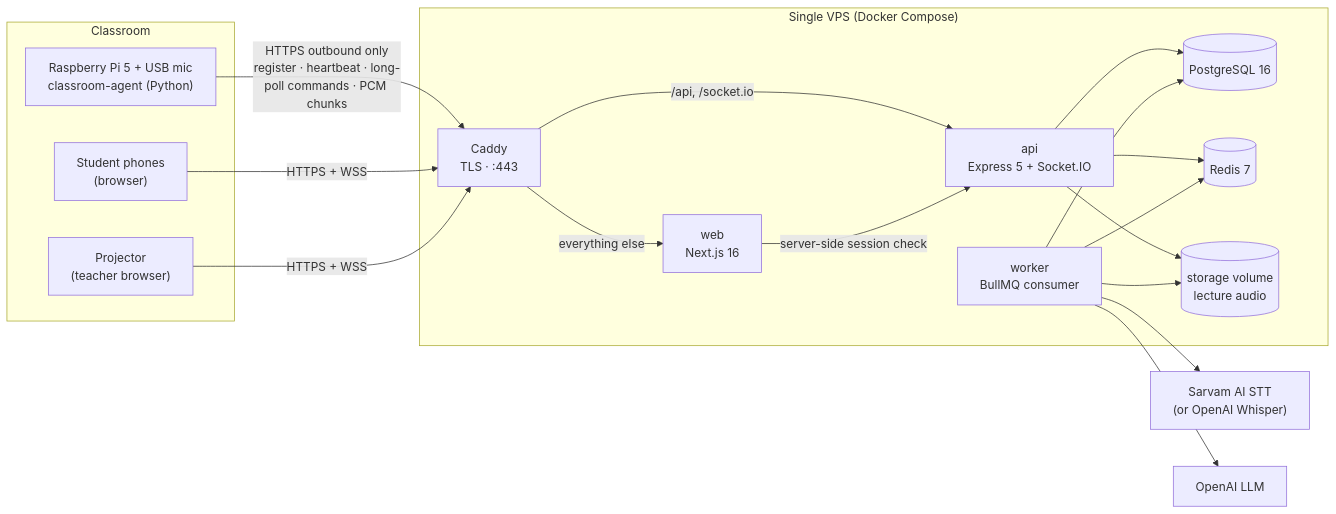
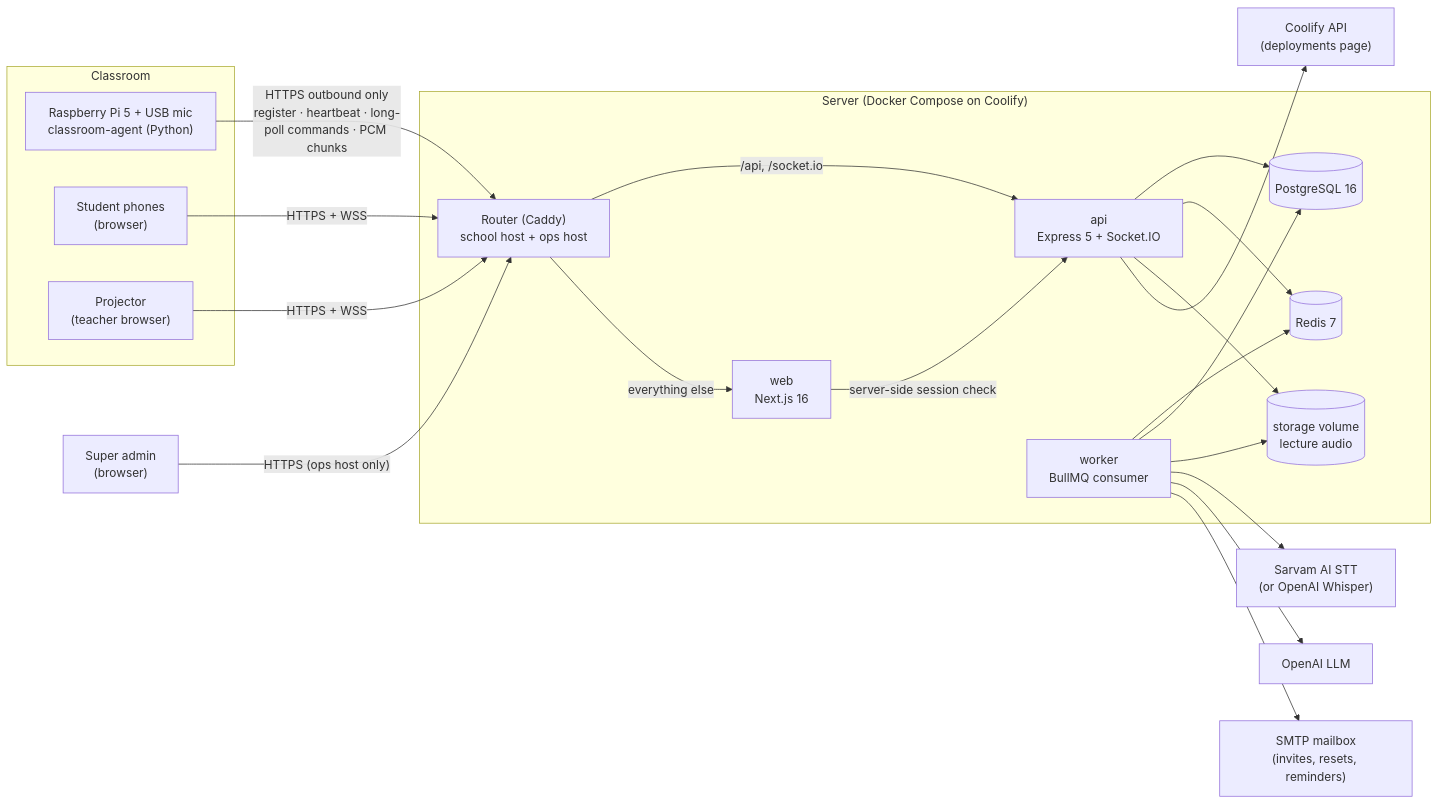
One commit to NINJA981/classpulse changed the diagram in docs/architecture.md. Above: the diagram before and after it, drawn with Mermaid. The commit also changed other lines of this file and 2 other files, not shown here.

Commit message:
docs: README, architecture and conventions cover the console, logins, teacher tools, exams, assignments, email and queues

````diff
--- a/docs/architecture.md
+++ b/docs/architecture.md
@@ -5,34 +5,40 @@
 ```mermaid
 flowchart LR
   subgraph Classroom
     Pi["Raspberry Pi 5 + USB mic<br/>classroom-agent (Python)"]
     Phones["Student phones<br/>(browser)"]
     Projector["Projector<br/>(teacher browser)"]
   end
-  subgraph VPS["Single VPS (Docker Compose)"]
-    Caddy["Caddy<br/>TLS · :443"]
+  Owner["Super admin<br/>(browser)"]
+  subgraph VPS["Server (Docker Compose on Coolify)"]
+    Caddy["Router (Caddy)<br/>school host + ops host"]
     Web["web<br/>Next.js 16"]
     API["api<br/>Express 5 + Socket.IO"]
     Worker["worker<br/>BullMQ consumer"]
     PG[("PostgreSQL 16")]
     Redis[("Redis 7")]
     Store[("storage volume<br/>lecture audio")]
   end
   Sarvam["Sarvam AI STT<br/>(or OpenAI Whisper)"]
   OpenAI["OpenAI LLM"]
+  SMTP["SMTP mailbox<br/>(invites, resets, reminders)"]
+  Coolify["Coolify API<br/>(deployments page)"]
 
   Pi -- "HTTPS outbound only<br/>register · heartbeat · long-poll commands · PCM chunks" --> Caddy
   Phones -- HTTPS + WSS --> Caddy
   Projector -- HTTPS + WSS --> Caddy
+  Owner -- "HTTPS (ops host only)" --> Caddy
   Caddy -- "/api, /socket.io" --> API
   Caddy -- "everything else" --> Web
   Web -- "server-side session check" --> API
   API --> PG
   API --> Redis
   API --> Store
   Worker --> Redis
   Worker --> PG
   Worker --> Store
   Worker --> Sarvam
   Worker --> OpenAI
+  Worker --> SMTP
+  API --> Coolify
 ```
````
